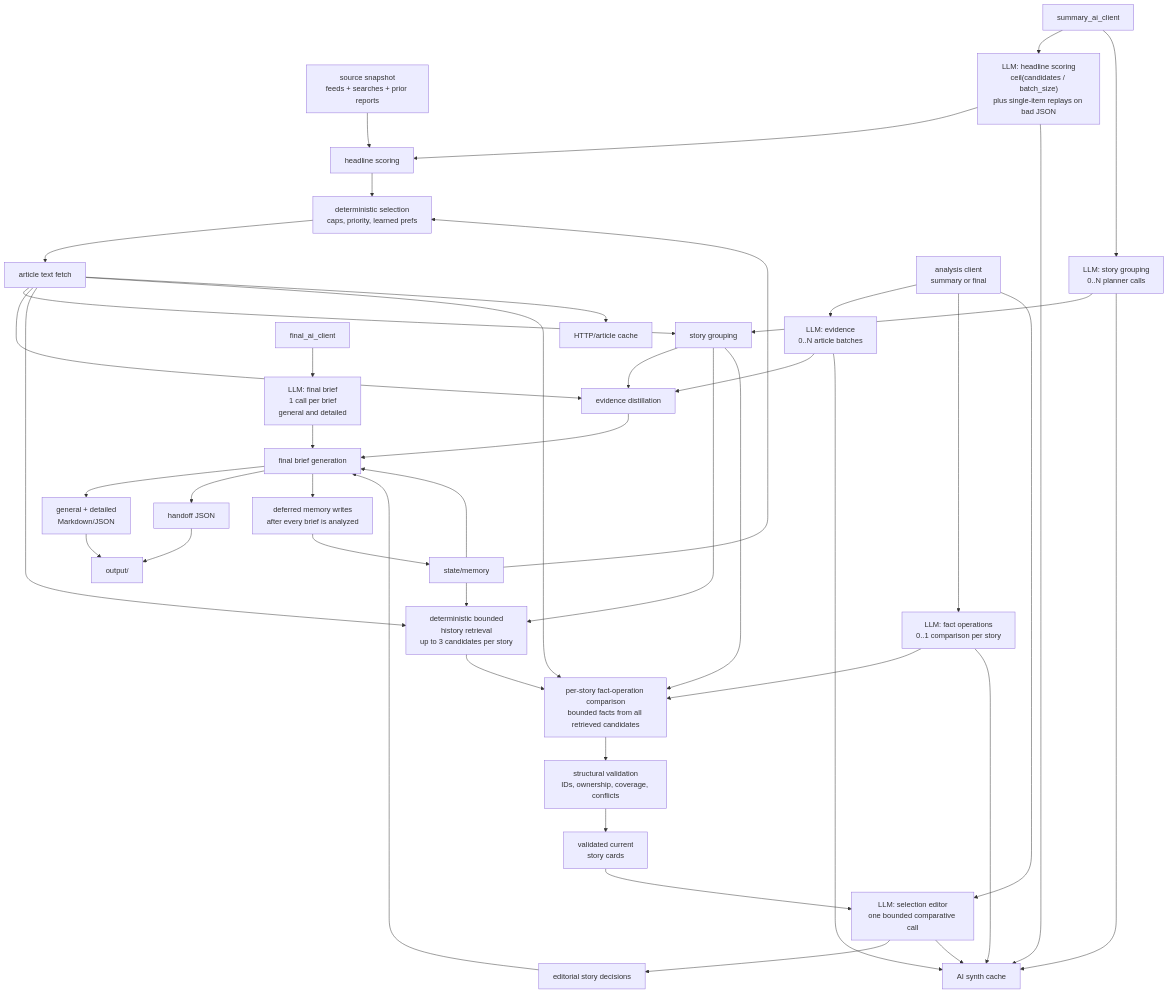
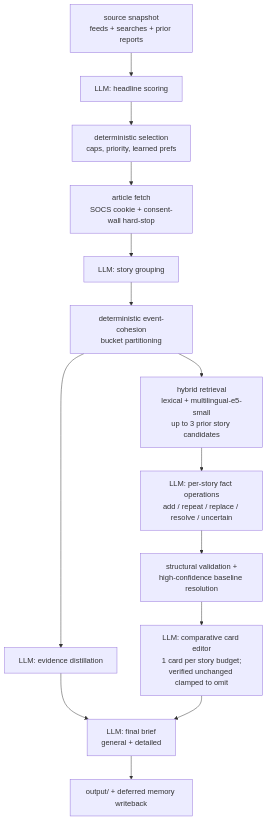
The second of 2 diagrams in docs/architecture.md (HorizonEngine24798/MyDailyNews), drawn with Mermaid before and after one commit. The commit also changed other lines of this file and 9 other files, not shown here.

````diff
--- a/docs/architecture.md
+++ b/docs/architecture.md
@@ -47,46 +44,16 @@
 ```mermaid
 flowchart TD
-    SNAPSHOT["source snapshot<br/>feeds + searches + prior reports"] --> SCORE["headline scoring"]
-    SUMMARY["summary_ai_client"] --> SCORE_CALL["LLM: headline scoring<br/>ceil(candidates / batch_size)<br/>plus single-item replays on bad JSON"]
-    SCORE_CALL --> SCORE
+    SNAPSHOT["source snapshot<br/>feeds + searches + prior reports"] --> SCORE["LLM: headline scoring"]
     SCORE --> SELECT["deterministic selection<br/>caps, priority, learned prefs"]
-    MEMORY["state/memory"] --> SELECT
-    SELECT --> FETCH["article text fetch"]
-    FETCH --> GROUP["story grouping"]
-    SUMMARY --> GROUP_CALL["LLM: story grouping<br/>0..N planner calls"]
-    GROUP_CALL --> GROUP
-    GROUP --> EVIDENCE["evidence distillation"]
-    FETCH --> EVIDENCE
-    ANALYSIS["analysis client<br/>summary or final"] --> EVIDENCE_CALL["LLM: evidence<br/>0..N article batches"]
-    EVIDENCE_CALL --> EVIDENCE
-    GROUP --> HISTORY["deterministic bounded<br/>history retrieval<br/>up to 3 candidates per story"]
-    FETCH --> HISTORY
-    MEMORY --> HISTORY
-    GROUP --> OPERATIONS["per-story fact-operation comparison<br/>bounded facts from all retrieved candidates"]
-    FETCH --> OPERATIONS
-    HISTORY --> OPERATIONS
-    ANALYSIS --> OPERATION_CALL["LLM: fact operations<br/>0..1 comparison per story"]
-    OPERATION_CALL --> OPERATIONS
-    OPERATIONS --> VALIDATE["structural validation<br/>IDs, ownership, coverage, conflicts"]
-    VALIDATE --> CARDS["validated current<br/>story cards"]
-    ANALYSIS --> EDITOR_CALL["LLM: selection editor<br/>one bounded comparative call"]
-    CARDS --> EDITOR_CALL
-    EDITOR_CALL --> DELTA["editorial story decisions"]
-    EVIDENCE --> FINAL_BRIEF["final brief generation"]
-    DELTA --> FINAL_BRIEF
-    MEMORY --> FINAL_BRIEF
-    FINAL["final_ai_client"] --> FINAL_CALL["LLM: final brief<br/>1 call per brief<br/>general and detailed"]
-    FINAL_CALL --> FINAL_BRIEF
-    FINAL_BRIEF --> REPORTS["general + detailed<br/>Markdown/JSON"]
-    FINAL_BRIEF --> HANDOFF["handoff JSON"]
-    FINAL_BRIEF --> MEMORY_QUEUE["deferred memory writes<br/>after every brief is analyzed"]
-    MEMORY_QUEUE --> MEMORY
-    SCORE_CALL --> AI_CACHE["AI synth cache"]
-    GROUP_CALL --> AI_CACHE
-    EVIDENCE_CALL --> AI_CACHE
-    OPERATION_CALL --> AI_CACHE
-    EDITOR_CALL --> AI_CACHE
-    FETCH --> HTTP_CACHE["HTTP/article cache"]
-    REPORTS --> OUTPUT["output/"]
-    HANDOFF --> OUTPUT
+    SELECT --> FETCH["article fetch<br/>SOCS cookie + consent-wall hard-stop"]
+    FETCH --> GROUP["LLM: story grouping"]
+    GROUP --> PARTITION["deterministic event-cohesion<br/>bucket partitioning"]
+    PARTITION --> EVIDENCE["LLM: evidence distillation"]
+    PARTITION --> HISTORY["hybrid retrieval<br/>lexical + multilingual-e5-small<br/>up to 3 prior story candidates"]
+    HISTORY --> OPERATIONS["LLM: per-story fact operations<br/>add / repeat / replace / resolve / uncertain"]
+    OPERATIONS --> VALIDATE["structural validation +<br/>high-confidence baseline resolution"]
+    VALIDATE --> EDITOR["LLM: comparative card editor<br/>1 card per story budget;<br/>verified unchanged clamped to omit"]
+    EVIDENCE --> FINAL["LLM: final brief<br/>general + detailed"]
+    EDITOR --> FINAL
+    FINAL --> OUTPUT["output/ + deferred memory writeback"]
 ```
````
